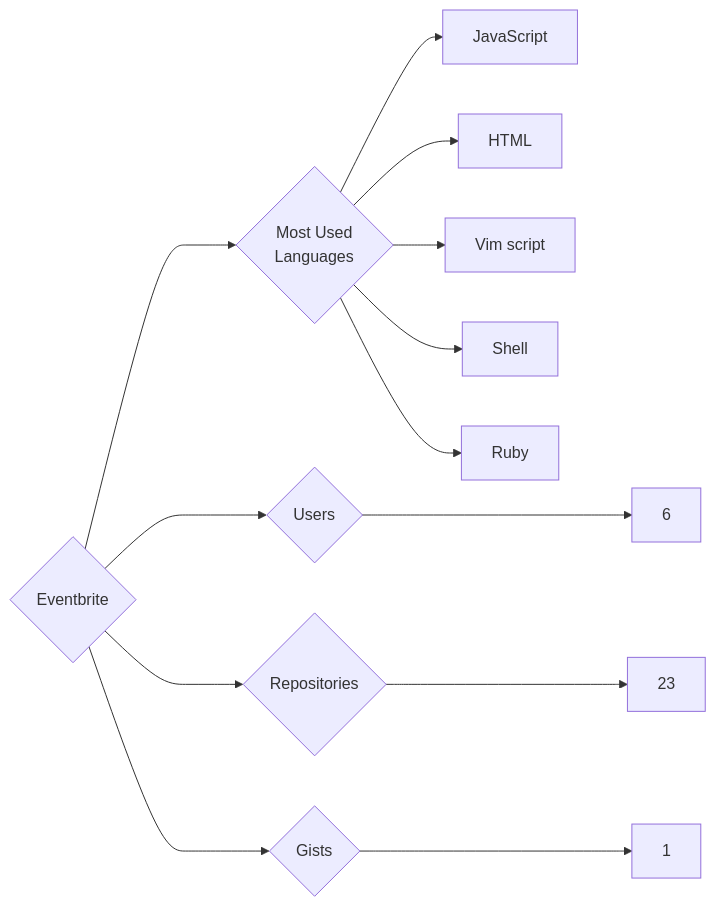
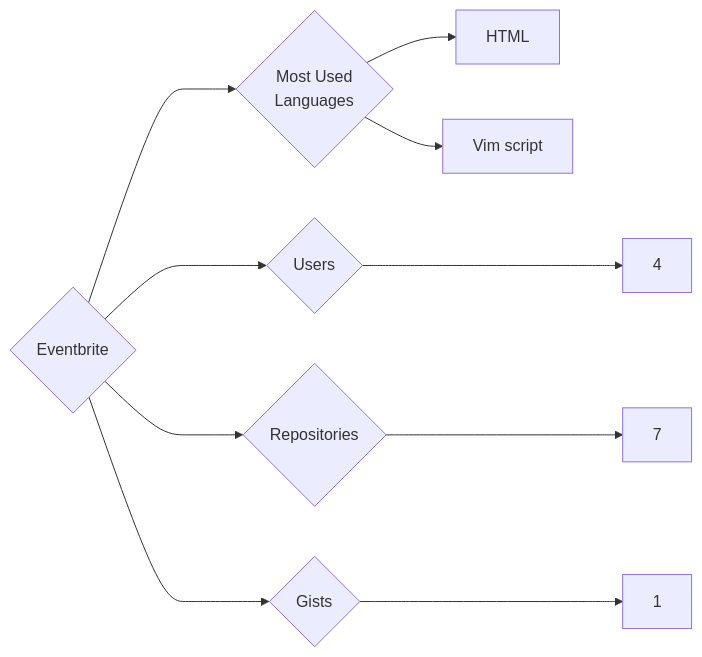
One commit to trickest/insiders changed the diagram in targets/Eventbrite/README.md. Above: the diagram before and after it, drawn with Mermaid. The commit also changed 1084 other files, not shown here.

````diff
--- a/targets/Eventbrite/README.md
+++ b/targets/Eventbrite/README.md
@@ -3,13 +3,10 @@
 ```mermaid
 graph LR
 COMPANY_NAME{Eventbrite}
-COMPANY_NAME ---> U{Users} ---> UN[6]
-COMPANY_NAME ---> R{Repositories} ---> RN[23]
+COMPANY_NAME ---> U{Users} ---> UN[4]
+COMPANY_NAME ---> R{Repositories} ---> RN[7]
 COMPANY_NAME ---> G{Gists} ---> GN[1]
 COMPANY_NAME ---> ML{Most Used<br>Languages}
-ML --> JavaScript[JavaScript]
 ML --> HTML[HTML]
 ML --> Vim_script[Vim script]
-ML --> Shell[Shell]
-ML --> Ruby[Ruby]
 ```
````
